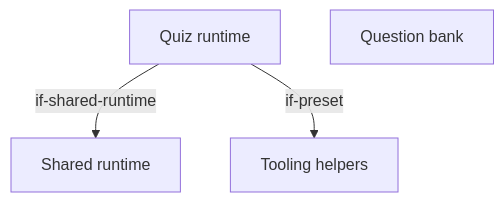
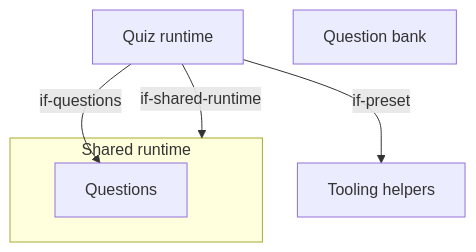
The first of 2 diagrams in quiz/docs/arc42/05-quiz-building-blocks.arc42.md (lernapps/app-templates), drawn with Mermaid before and after one commit. The commit also changed other lines of this file and 39 other files, not shown here.

First line of the commit message:
refactor: the questions move to runtime/shared/questions

````diff
--- a/quiz/docs/arc42/05-quiz-building-blocks.arc42.md
+++ b/quiz/docs/arc42/05-quiz-building-blocks.arc42.md
@@ -20,9 +20,12 @@
 ```mermaid
 flowchart TB
-    bb-runtime["Shared runtime"]
+    subgraph bb-runtime["Shared runtime"]
+        bb-questions["Questions"]
+    end
     bb-tooling["Tooling helpers"]
     bb-archetype-runtime["Quiz runtime"]
     bb-quiz-bank["Question bank"]
     bb-archetype-runtime -->|"if-shared-runtime"| bb-runtime
+    bb-archetype-runtime -->|"if-questions"| bb-questions
     bb-archetype-runtime -->|"if-preset"| bb-tooling
 ```
````
